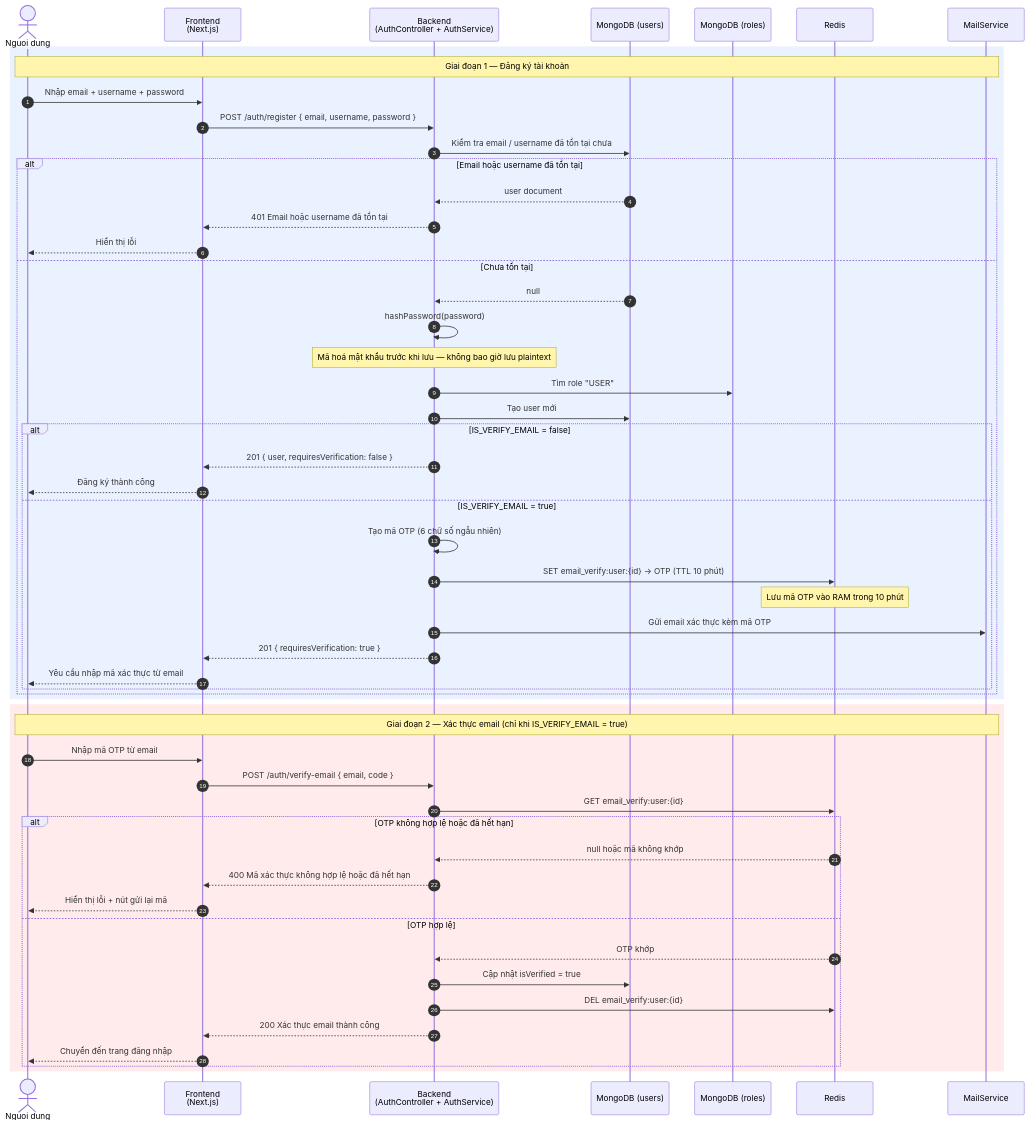
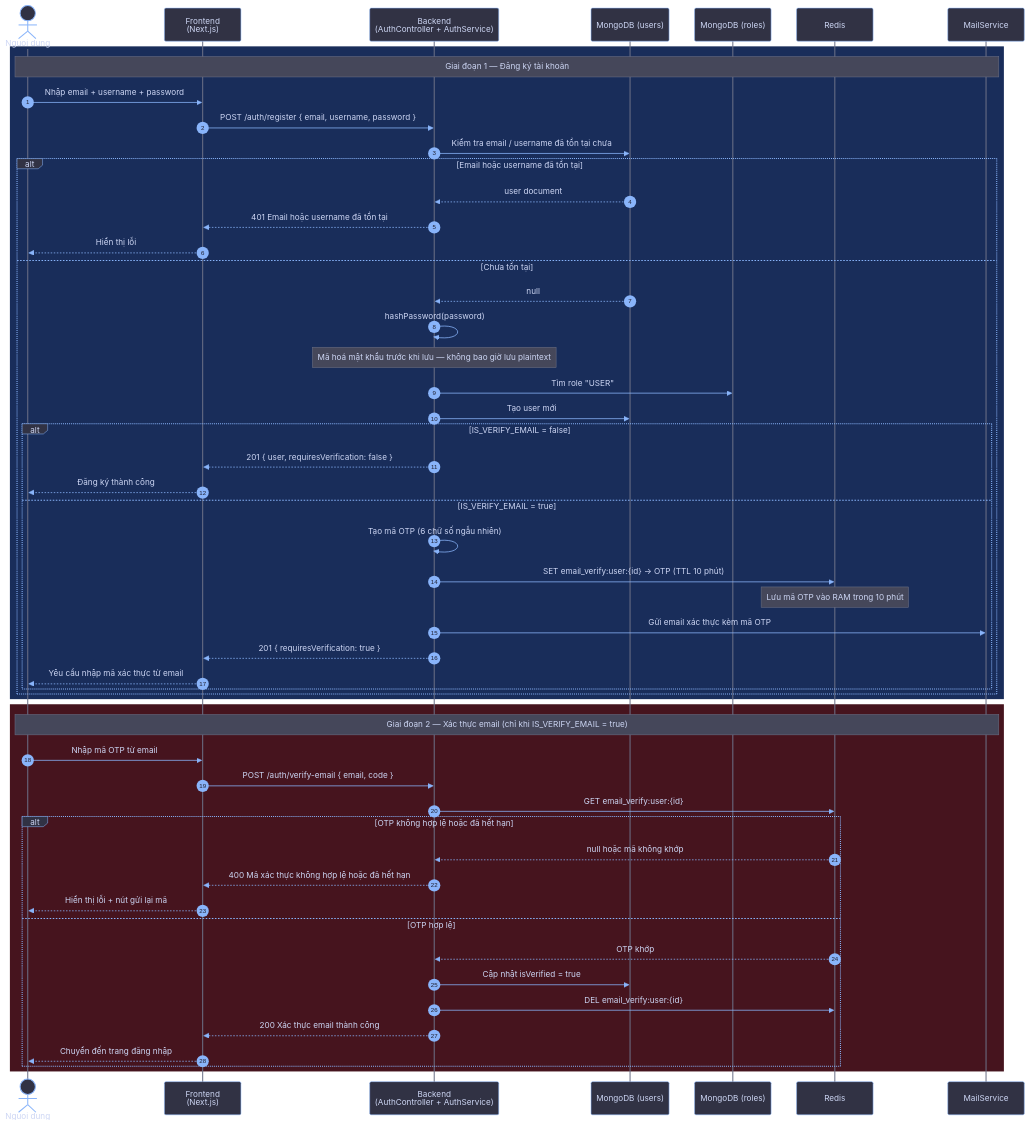
Before and after one commit to DaoDuck3008/DaoDuckWear-Clothing-Website: the diagram in docs/diagrams/auth/register.mmd, drawn with Mermaid. The commit also changed 2 other files, not shown here.

Commit message:
feat(diagrams): add overview use case diagram and change background color for register.mmd

```diff
--- a/docs/diagrams/auth/register.mmd
+++ b/docs/diagrams/auth/register.mmd
@@ -1,60 +1,88 @@
-%%{init: {'themeVariables': {'fontSize': '25px'}}}%%
+%%{init: {
+  'theme': 'base',
+  'themeVariables': {
+    'fontSize': '25px',
+    'background': '#1e1e2e',
+    'primaryColor': '#313244',
+    'primaryTextColor': '#cdd6f4',
+    'primaryBorderColor': '#89b4fa',
+    'secondaryColor': '#2a2a3e',
+    'tertiaryColor': '#2a2a3e',
+    'noteBkgColor': '#45475a',
+    'noteTextColor': '#cdd6f4',
+    'noteBorderColor': '#6c7086',
+    'activationBkgColor': '#585b70',
+    'activationBorderColor': '#89b4fa',
+    'textColor': '#cdd6f4',
+    'signalColor': '#89b4fa',
+    'signalTextColor': '#cdd6f4',
+    'actorBkg': '#313244',
+    'actorBorder': '#89b4fa',
+    'actorTextColor': '#cdd6f4',
+    'actorLineColor': '#6c7086',
+    'loopTextColor': '#cdd6f4',
+    'labelBoxBkgColor': '#313244',
+    'labelBoxBorderColor': '#89b4fa',
+    'labelTextColor': '#cdd6f4',
+    'sequenceNumberColor': '#1e1e2e'
+  }
+}}%%
 sequenceDiagram
     autonumber
     actor User as Nguoi dung
     participant FE as Frontend<br/>(Next.js)
     participant BE as Backend<br/>(AuthController + AuthService)
     participant Users as MongoDB (users)
     participant Roles as MongoDB (roles)
     participant Redis
     participant Mail as MailService
 
-    rect rgb(235, 242, 255)
+    rect rgb(25, 45, 90)
         Note over User,Mail: Giai đoạn 1 — Đăng ký tài khoản
         User->>FE: Nhập email + username + password
         FE->>BE: POST /auth/register { email, username, password }
         BE->>Users: Kiểm tra email / username đã tồn tại chưa
 
         alt Email hoặc username đã tồn tại
             Users-->>BE: user document
             BE-->>FE: 401 Email hoặc username đã tồn tại
             FE-->>User: Hiển thị lỗi
         else Chưa tồn tại
             Users-->>BE: null
             BE->>BE: hashPassword(password)
             Note over BE: Mã hoá mật khẩu trước khi lưu — không bao giờ lưu plaintext
             BE->>Roles: Tìm role "USER"
             BE->>Users: Tạo user mới
 
             alt IS_VERIFY_EMAIL = false
                 BE-->>FE: 201 { user, requiresVerification: false }
                 FE-->>User: Đăng ký thành công
             else IS_VERIFY_EMAIL = true
                 BE->>BE: Tạo mã OTP (6 chữ số ngẫu nhiên)
                 BE->>Redis: SET email_verify:user:{id} → OTP (TTL 10 phút)
                 Note over Redis: Lưu mã OTP vào RAM trong 10 phút
                 BE->>Mail: Gửi email xác thực kèm mã OTP
                 BE-->>FE: 201 { requiresVerification: true }
                 FE-->>User: Yêu cầu nhập mã xác thực từ email
             end
         end
     end
 
-    rect rgb(255, 235, 235)
+    rect rgb(70, 20, 30)
         Note over User,Mail: Giai đoạn 2 — Xác thực email (chỉ khi IS_VERIFY_EMAIL = true)
         User->>FE: Nhập mã OTP từ email
         FE->>BE: POST /auth/verify-email { email, code }
         BE->>Redis: GET email_verify:user:{id}
 
         alt OTP không hợp lệ hoặc đã hết hạn
             Redis-->>BE: null hoặc mã không khớp
             BE-->>FE: 400 Mã xác thực không hợp lệ hoặc đã hết hạn
             FE-->>User: Hiển thị lỗi + nút gửi lại mã
         else OTP hợp lệ
             Redis-->>BE: OTP khớp
             BE->>Users: Cập nhật isVerified = true
             BE->>Redis: DEL email_verify:user:{id}
             BE-->>FE: 200 Xác thực email thành công
             FE-->>User: Chuyển đến trang đăng nhập
         end
     end
```
